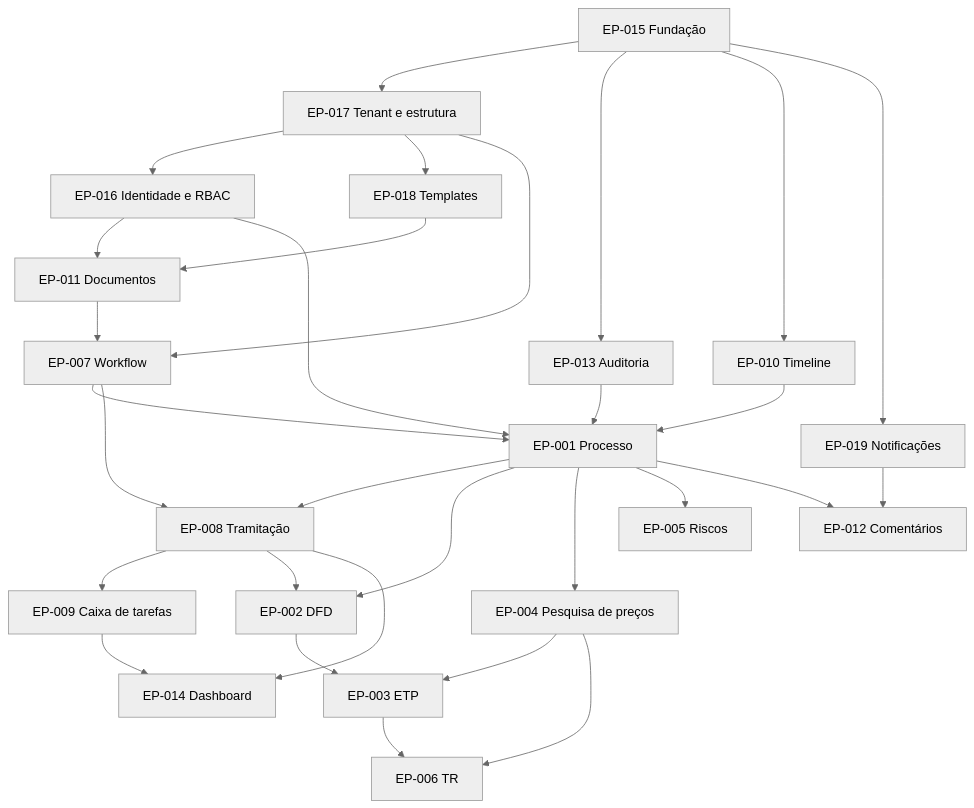
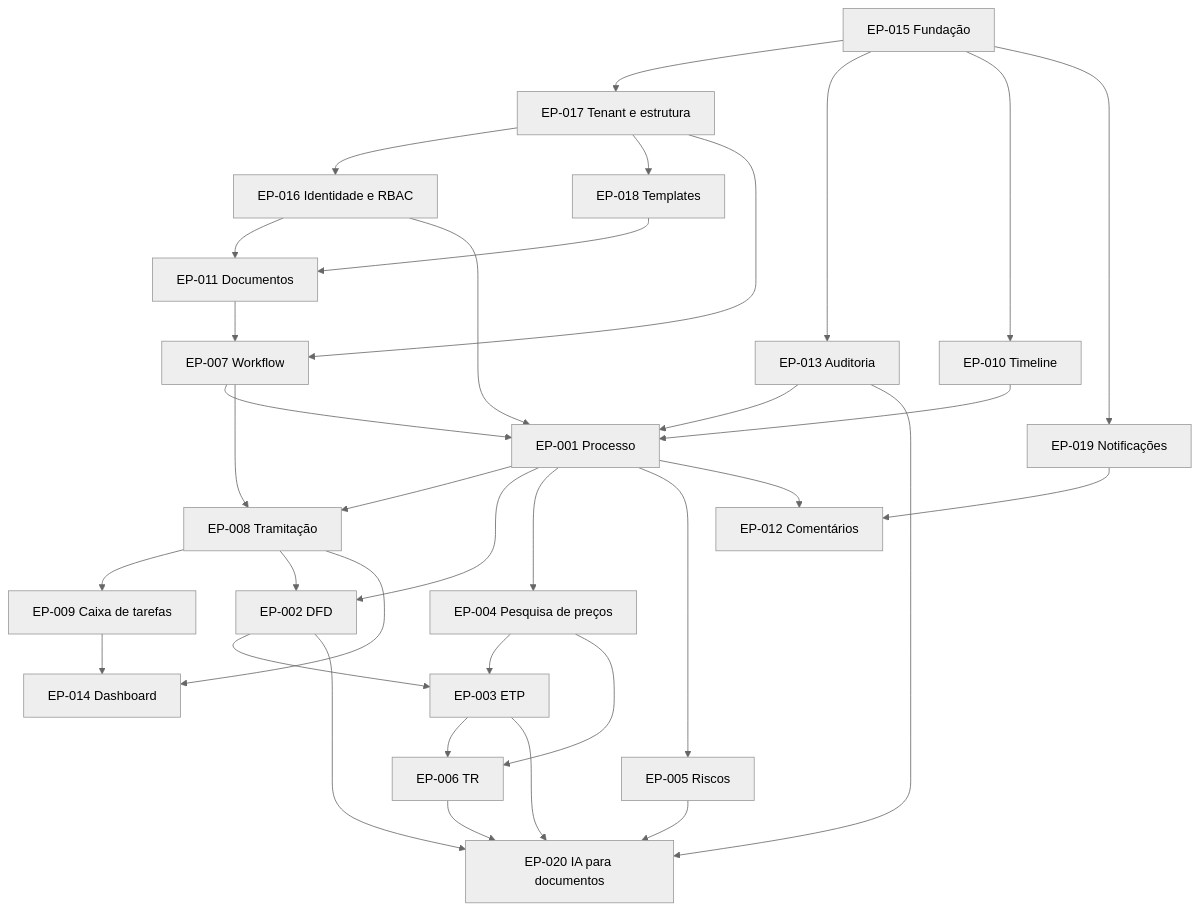
Before and after one commit to contrataflow/contrataflow: the diagram in docs/mvp-01/epics.md, drawn with Mermaid (neutral theme). The commit also changed other lines of this file and 38 other files, not shown here.

````diff
--- a/docs/mvp-01/epics.md
+++ b/docs/mvp-01/epics.md
@@ -31,32 +32,37 @@
 ```mermaid
 flowchart TD
     EP015[EP-015 Fundação] --> EP017[EP-017 Tenant e estrutura]
     EP015 --> EP013[EP-013 Auditoria]
     EP015 --> EP010[EP-010 Timeline]
     EP015 --> EP019[EP-019 Notificações]
     EP017 --> EP016[EP-016 Identidade e RBAC]
     EP017 --> EP018[EP-018 Templates]
     EP016 --> EP011[EP-011 Documentos]
     EP018 --> EP011
     EP011 --> EP007[EP-007 Workflow]
     EP017 --> EP007
     EP007 --> EP001[EP-001 Processo]
     EP013 --> EP001
     EP010 --> EP001
     EP016 --> EP001
     EP001 --> EP008[EP-008 Tramitação]
     EP007 --> EP008
     EP008 --> EP009[EP-009 Caixa de tarefas]
     EP001 --> EP002[EP-002 DFD]
     EP008 --> EP002
     EP002 --> EP003[EP-003 ETP]
     EP001 --> EP004[EP-004 Pesquisa de preços]
     EP004 --> EP003
     EP001 --> EP005[EP-005 Riscos]
     EP003 --> EP006[EP-006 TR]
     EP004 --> EP006
     EP001 --> EP012[EP-012 Comentários]
     EP019 --> EP012
     EP008 --> EP014[EP-014 Dashboard]
     EP009 --> EP014
+    EP002 --> EP020[EP-020 IA para documentos]
+    EP003 --> EP020
+    EP005 --> EP020
+    EP006 --> EP020
+    EP013 --> EP020
 ```
````
